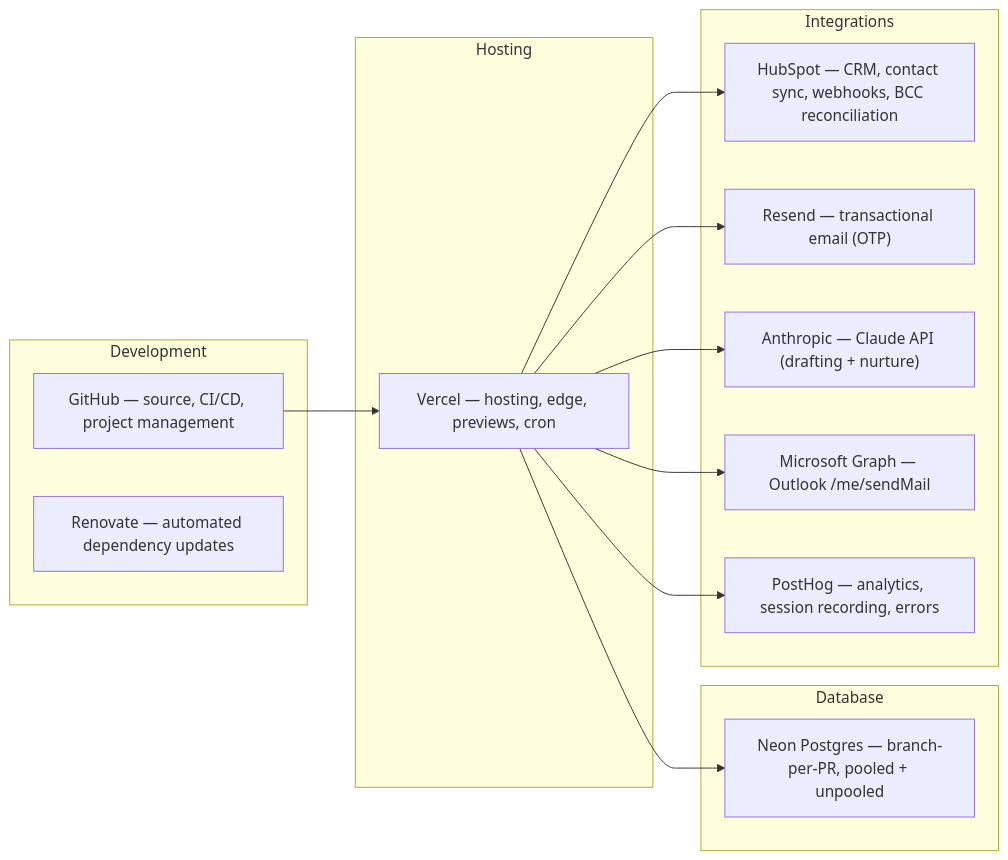
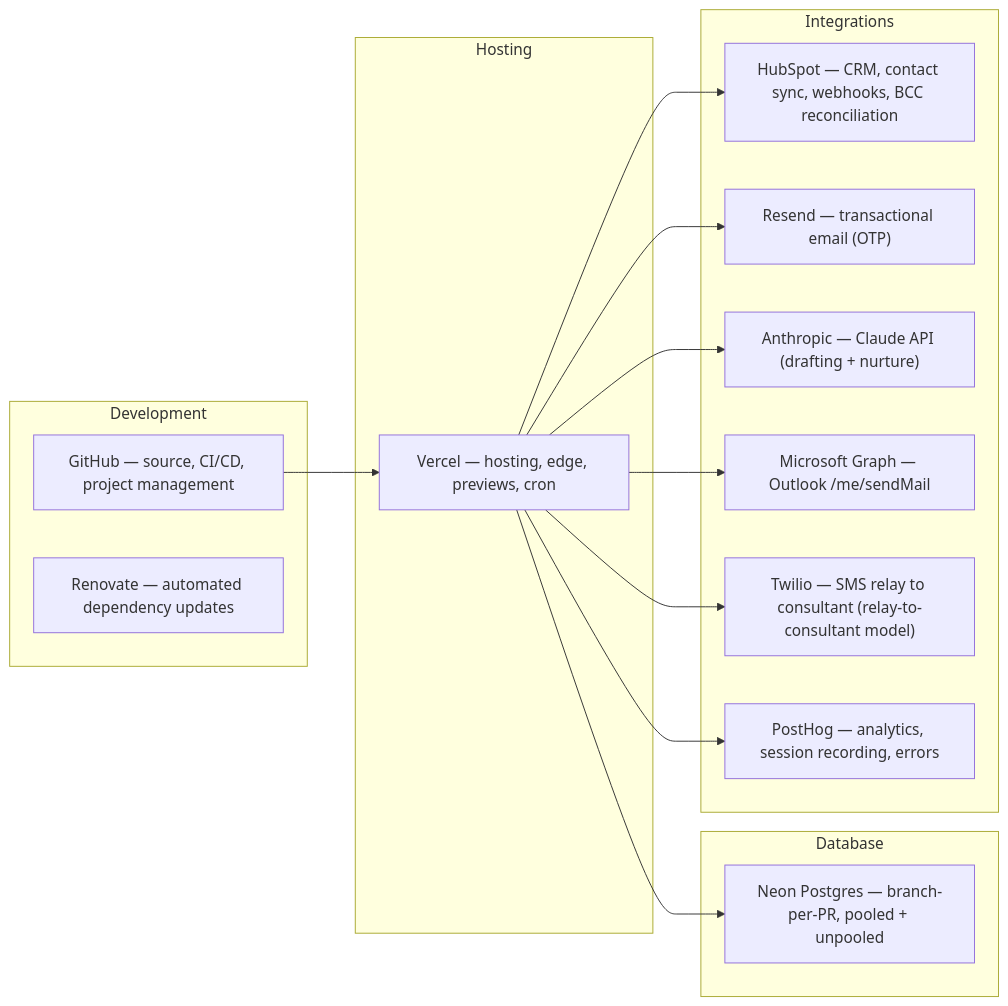
Before and after one commit to samjmarshall/rekurve: the second of 4 diagrams in docs/README.md, drawn with Mermaid. The commit also changed other lines of this file and 42 other files, not shown here.

First line of the commit message:
feat: relay approved SMS drafts to consultant via Twilio (#163)

````diff
--- a/docs/README.md
+++ b/docs/README.md
@@ -51,31 +52,33 @@
 ```mermaid
 graph LR
     subgraph Hosting
         Vercel["Vercel — hosting, edge, previews, cron"]
     end
 
     subgraph Database
         Neon["Neon Postgres — branch-per-PR, pooled + unpooled"]
     end
 
     subgraph Integrations
         HubSpot["HubSpot — CRM, contact sync, webhooks, BCC reconciliation"]
         Resend["Resend — transactional email (OTP)"]
         Anthropic["Anthropic — Claude API (drafting + nurture)"]
         MSGraph["Microsoft Graph — Outlook /me/sendMail"]
+        Twilio["Twilio — SMS relay to consultant (relay-to-consultant model)"]
         PostHog["PostHog — analytics, session recording, errors"]
     end
 
     subgraph Development
         GitHub["GitHub — source, CI/CD, project management"]
         Renovate["Renovate — automated dependency updates"]
     end
 
     Vercel --> Neon
     Vercel --> HubSpot
     Vercel --> Resend
     Vercel --> Anthropic
     Vercel --> MSGraph
+    Vercel --> Twilio
     Vercel --> PostHog
     GitHub --> Vercel
 ```
````
